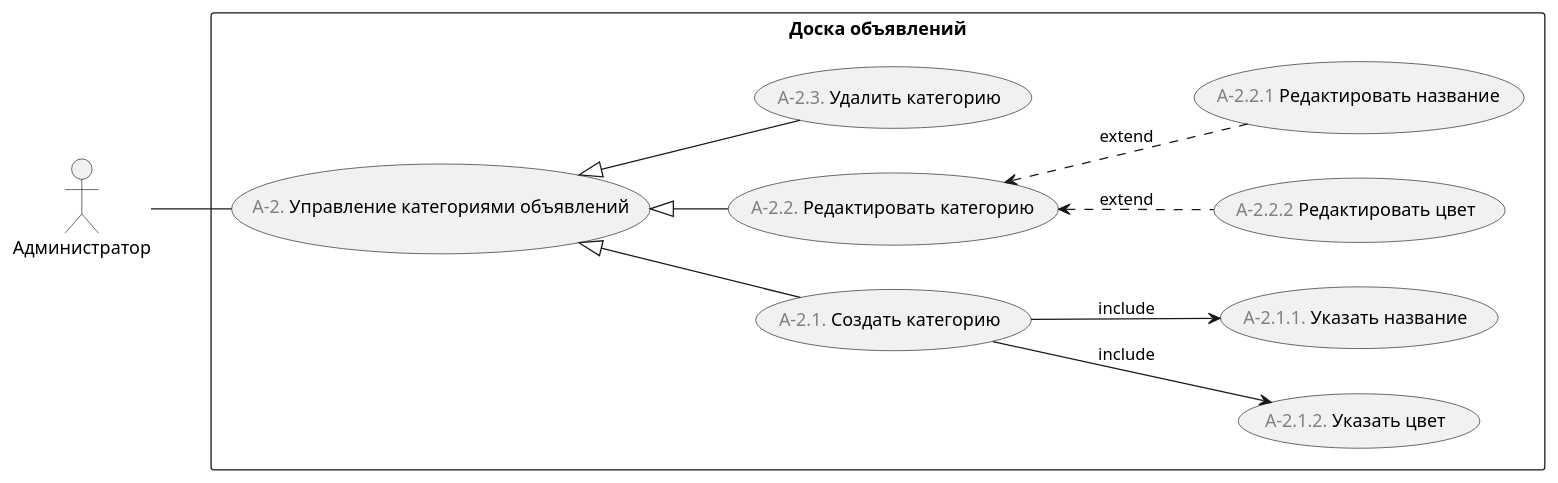
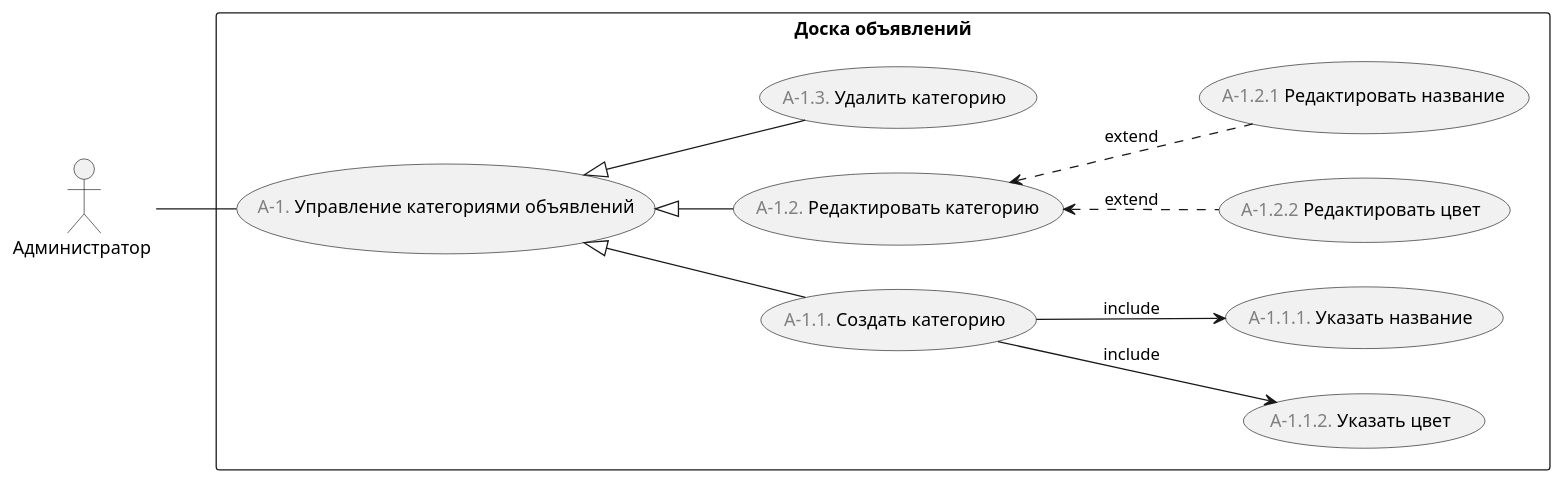
The diagram in doc/диаграммы/варианты-использования/управление-категориями-объявлений.puml (astu-app/ASTU-Bulletin-Board-Server), drawn with PlantUML before and after one commit. The commit also changed 8 other files, not shown here.

```diff
--- a/doc/диаграммы/варианты-использования/управление-категориями-объявлений.puml
+++ b/doc/диаграммы/варианты-использования/управление-категориями-объявлений.puml
@@ -1,27 +1,27 @@
 @startuml
 'https://plantuml.com/use-case-diagram
 
 left to right direction
 
-:Администратор: as admin
+:Администратор : as admin
 
 rectangle "Доска объявлений" {
-    (<font color="gray">A-2.</font> Управление категориями объявлений) as manage_categories
+    (<font color="gray">A-1.</font> Управление категориями объявлений) as manage_categories
     
-    (<font color="gray">A-2.1.</font> Создать категорию) as create_category
-    (<font color="gray">A-2.2.</font> Редактировать категорию) as edit_category
-    (<font color="gray">A-2.3.</font> Удалить категорию) as delete_category
+    (<font color="gray">A-1.1.</font> Создать категорию) as create_category
+    (<font color="gray">A-1.2.</font> Редактировать категорию) as edit_category
+    (<font color="gray">A-1.3.</font> Удалить категорию) as delete_category
 
     admin -- manage_categories
     manage_categories <|-- delete_category
     manage_categories <|-- edit_category
     manage_categories <|-- create_category
     
-    create_category --> (<font color="gray">A-2.1.2.</font> Указать цвет) : include
-    create_category --> (<font color="gray">A-2.1.1.</font> Указать название) : include
+    create_category --> (<font color="gray">A-1.1.2.</font> Указать цвет) : include
+    create_category --> (<font color="gray">A-1.1.1.</font> Указать название) : include
     
-    edit_category <.. (<font color="gray">A-2.2.2</font> Редактировать цвет) : extend
-    edit_category <.. (<font color="gray">A-2.2.1</font> Редактировать название) : extend
+    edit_category <.. (<font color="gray">A-1.2.2</font> Редактировать цвет) : extend
+    edit_category <.. (<font color="gray">A-1.2.1</font> Редактировать название) : extend
 }
 
 @enduml
```
